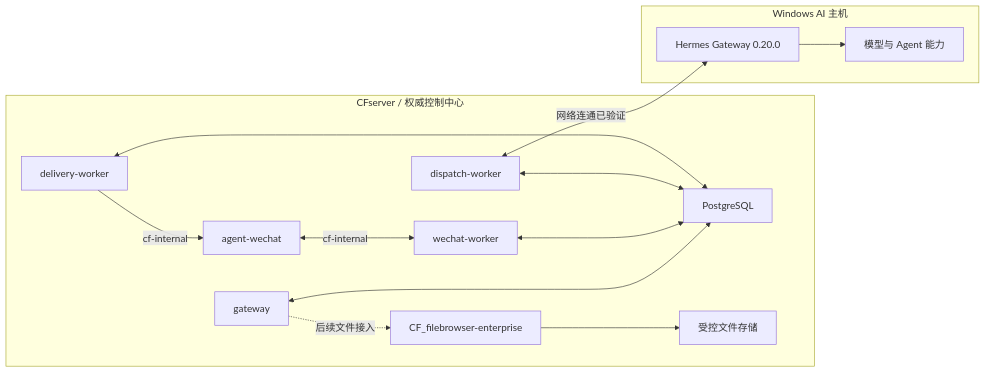
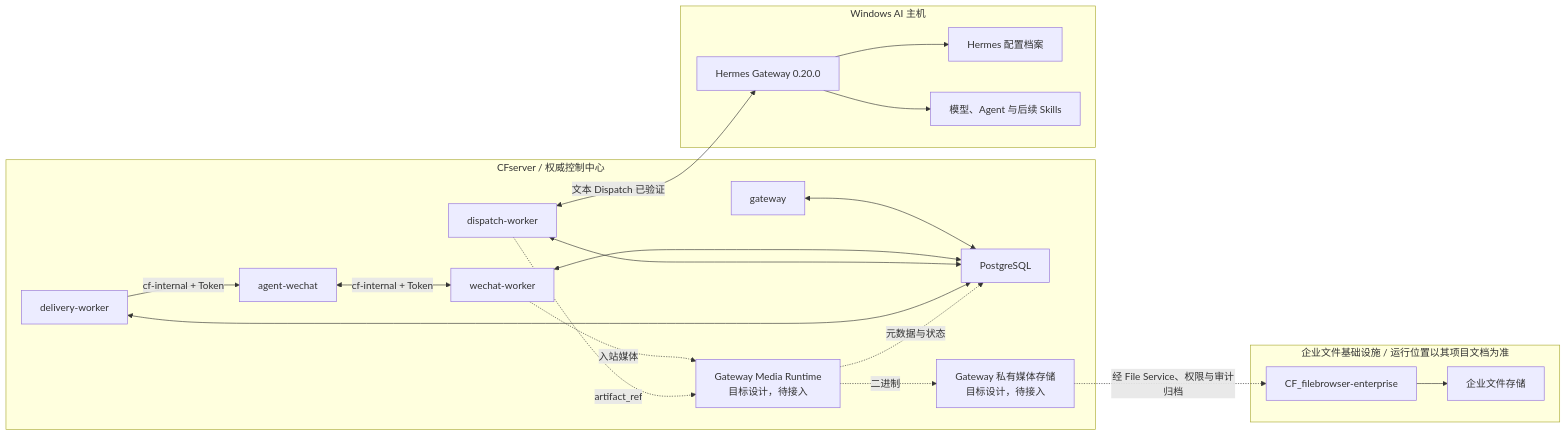
The second of 5 diagrams in 02_系统设计.md (Tangbohu09527/CF_ecommerce-automation-docs), drawn with Mermaid before and after one commit. The commit also changed other lines of this file and 16 other files, not shown here.

Commit message:
docs: sync private group and media runtime status

````diff
--- a/02_系统设计.md
+++ b/02_系统设计.md
@@ -35,30 +38,41 @@
 ```mermaid
 flowchart LR
     subgraph CFS["CFserver / 权威控制中心"]
         AW["agent-wechat"]
-        GW["gateway"]
+        API["gateway"]
         WW["wechat-worker"]
         DW["dispatch-worker"]
         DLW["delivery-worker"]
         PG["PostgreSQL"]
-        FB["CF_filebrowser-enterprise"]
-        ST["受控文件存储"]
+        MR["Gateway Media Runtime<br/>目标设计，待接入"]
+        PMS["Gateway 私有媒体存储<br/>目标设计，待接入"]
 
-        AW <-->|"cf-internal"| WW
-        GW <--> PG
+        AW <-->|"cf-internal + Token"| WW
+        DLW -->|"cf-internal + Token"| AW
+        API <--> PG
         WW <--> PG
         DW <--> PG
         DLW <--> PG
-        DLW -->|"cf-internal"| AW
+        MR -. "元数据与状态" .-> PG
+        MR -. "二进制" .-> PMS
+    end
+
+    subgraph FILE["企业文件基础设施 / 运行位置以其项目文档为准"]
+        FB["CF_filebrowser-enterprise"]
+        EFS["企业文件存储"]
+        FB --> EFS
     end
 
     subgraph AI["Windows AI 主机"]
         H["Hermes Gateway 0.20.0"]
-        MA["模型与 Agent 能力"]
+        HP["Hermes 配置档案"]
+        MA["模型、Agent 与后续 Skills"]
     end
 
-    DW <-->|"网络连通已验证"| H
+    DW <-->|"文本 Dispatch 已验证"| H
+    H --> HP
     H --> MA
-    GW -.->|"后续文件接入"| FB
-    FB --> ST
+    WW -. "入站媒体" .-> MR
+    DW -. "artifact_ref" .-> MR
+    PMS -. "经 File Service、权限与审计归档" .-> FB
 ```
````
